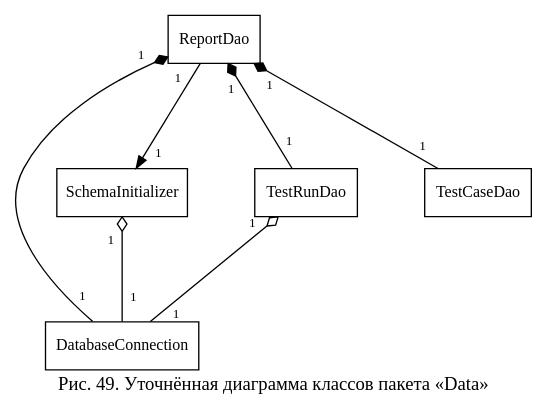
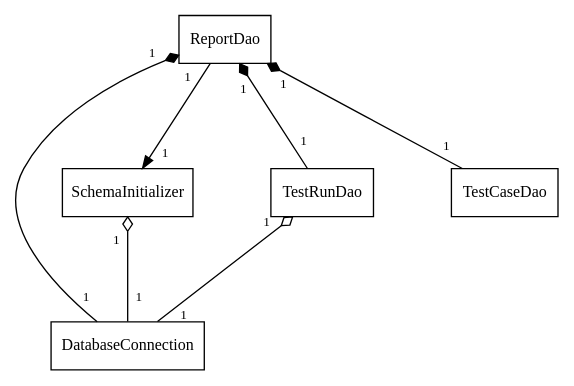
Before and after one commit to nastolbov/AutoTestGeneratorUpdate: the diagram in diagrams/cls_data_refined.dot, drawn with Graphviz. The commit also changed 54 other files, not shown here.

First line of the commit message:
diagrams: 18 ДПС + фикс детальных (shape=record) + MD по структуре диплома

```diff
--- a/diagrams/cls_data_refined.dot
+++ b/diagrams/cls_data_refined.dot
@@ -1,24 +1,22 @@
-digraph DR {
-    rankdir=TB; fontname="Liberation Serif"; fontsize=14;
-    label="Рис. 49. Уточнённая диаграмма классов пакета «Data»"; labelloc=b;
-    nodesep=0.7; ranksep=1.1;
+digraph cls_data_refined {
+    rankdir=TB; fontname="Liberation Serif";
+    nodesep=0.8; ranksep=1.1;
     node [fontname="Liberation Serif", fontsize=12, shape=box, style=filled, fillcolor=white];
     edge [color=black, fontname="Liberation Serif", fontsize=10, labeldistance=2.0, arrowsize=0.9];
 
     RD  [label="ReportDao"];
     DC  [label="DatabaseConnection"];
     SI  [label="SchemaInitializer"];
     TRD [label="TestRunDao"];
     TCD [label="TestCaseDao"];
-
     RD -> DC  [arrowtail=diamond, dir=back, taillabel="1", headlabel="1"];
     RD -> TRD [arrowtail=diamond, dir=back, taillabel="1", headlabel="1"];
     RD -> TCD [arrowtail=diamond, dir=back, taillabel="1", headlabel="1"];
     RD -> SI  [taillabel="1", headlabel="1"];
     TRD -> DC [arrowtail=odiamond, dir=back, taillabel="1", headlabel="1"];
     SI  -> DC [arrowtail=odiamond, dir=back, taillabel="1", headlabel="1"];
-
     { rank=same; RD; }
     { rank=same; SI; TRD; TCD; }
     { rank=same; DC; }
+
 }
```
